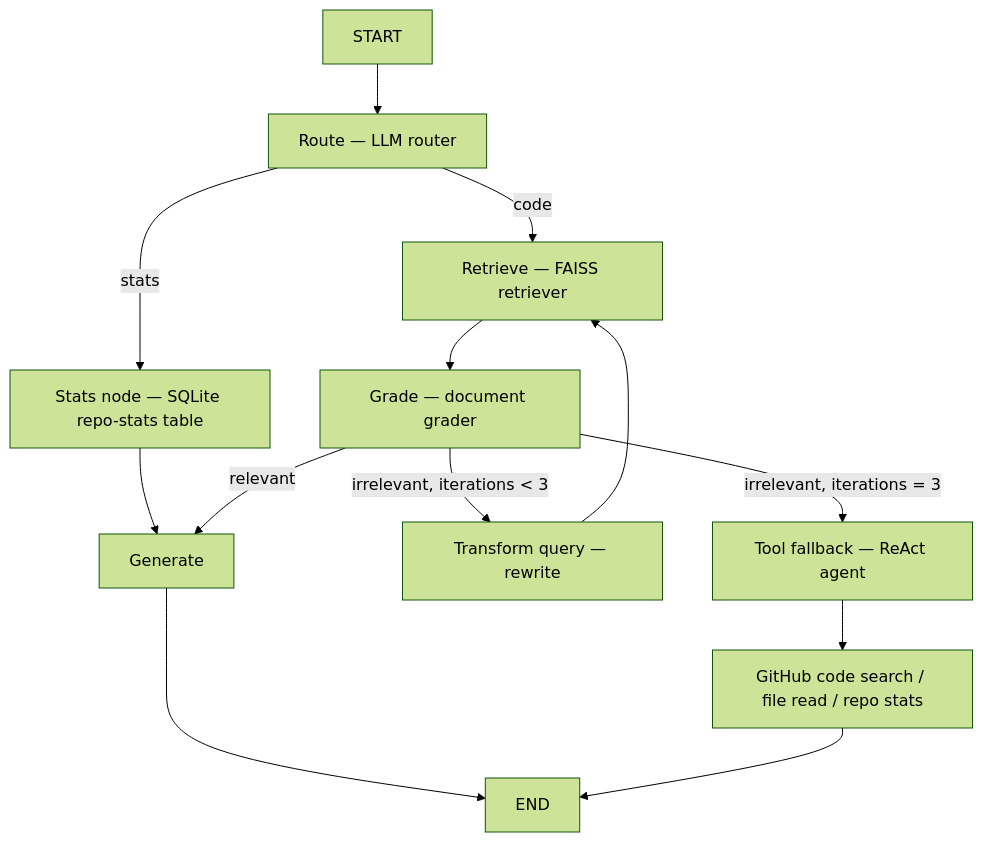
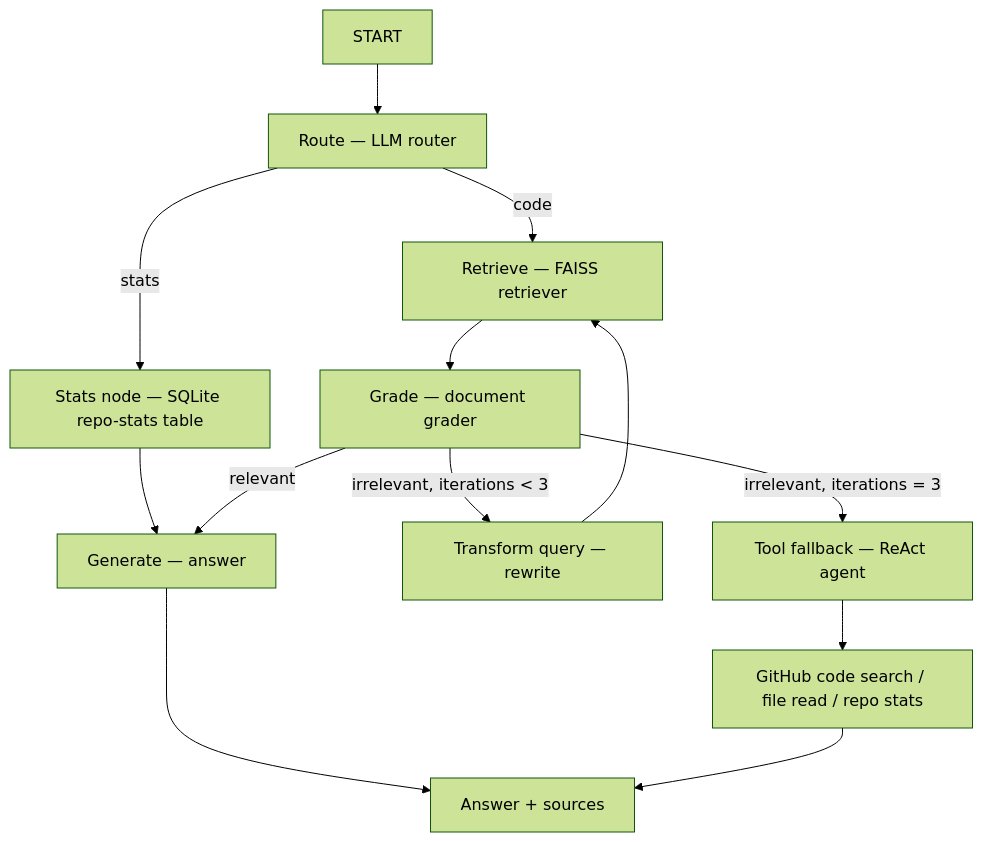
The second of 2 diagrams in README.md (leo-cb/ask-my-github), drawn with Mermaid (forest theme) before and after one commit.

Commit message:
docs: clarify generate and end node labels in README

````diff
--- a/README.md
+++ b/README.md
@@ -27,15 +27,15 @@
   ```mermaid
   flowchart TD
       A[START] --> B[Route — LLM router]
       B -->|stats| C[Stats node — SQLite repo-stats table]
       B -->|code| D[Retrieve — FAISS retriever]
-      C --> E[Generate]
+      C --> E[Generate — answer]
       D --> F[Grade — document grader]
       F -->|relevant| E
       F -->|irrelevant, iterations < 3| G[Transform query — rewrite]
       G --> D
       F -->|irrelevant, iterations = 3| H[Tool fallback — ReAct agent]
       H --> I[GitHub code search / file read / repo stats]
-      E --> J[END]
+      E --> J[Answer + sources]
       I --> J
   ```
````
